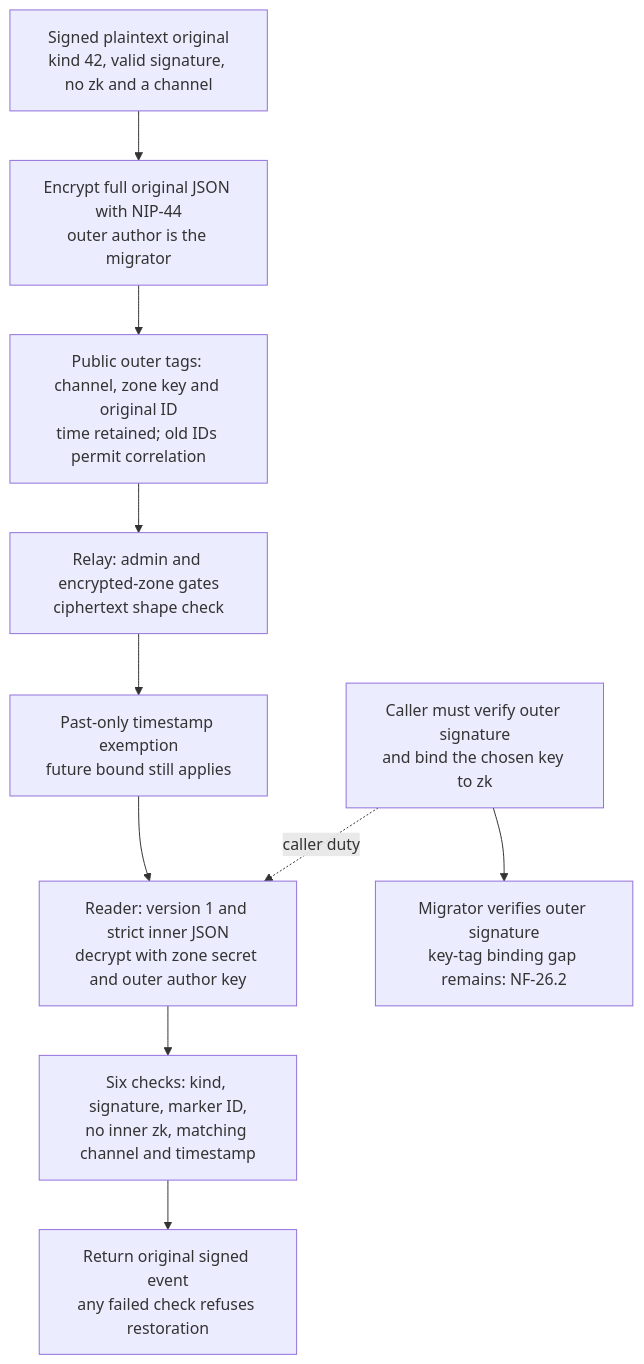
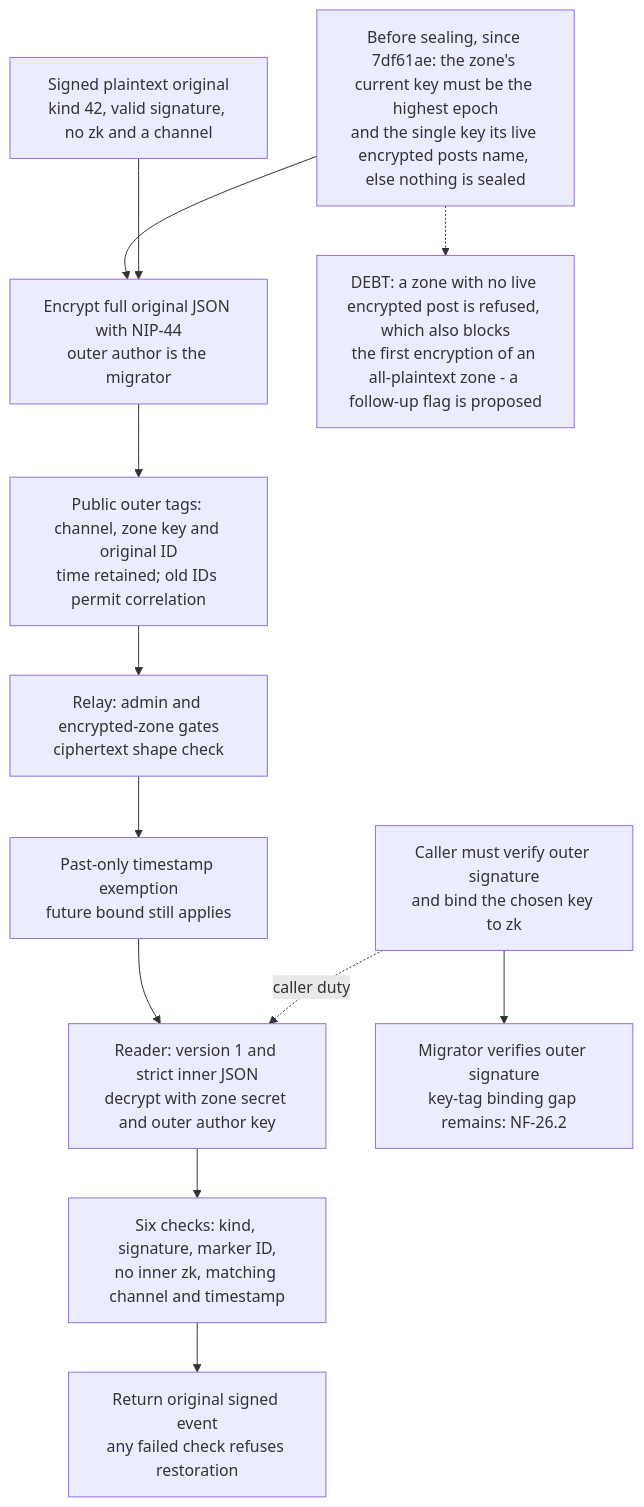
One commit to DreamLab-AI/VisionFlow changed the tenth of 10 diagrams in docs/diagrams/nostr-rust-forum/12-core-wire-crypto-and-federation-envelope.md. Above: the diagram before and after it, drawn with Mermaid. The commit also changed other lines of this file, not shown here.

First line of the commit message:
docs(diagrams): NF-12 re-verified at nostr-rust-forum af4f0d5

````diff
--- a/docs/diagrams/nostr-rust-forum/12-core-wire-crypto-and-federation-envelope.md
+++ b/docs/diagrams/nostr-rust-forum/12-core-wire-crypto-and-federation-envelope.md
@@ -342,26 +351,32 @@
 ```mermaid
 flowchart TB
     %% Source: ../nostr-rust-forum/crates/nostr-bbs-core/src/sealed.rs:312
     O["Signed plaintext original<br/>kind 42, valid signature, no zk and a channel"]
     %% Source: ../nostr-rust-forum/crates/nostr-bbs-core/src/sealed.rs:462
     E["Encrypt full original JSON with NIP-44<br/>outer author is the migrator"]
     %% Source: ../nostr-rust-forum/crates/nostr-bbs-core/src/sealed.rs:483
     M["Public outer tags: channel, zone key and original ID<br/>time retained; old IDs permit correlation"]
-    %% Source: ../nostr-rust-forum/crates/nostr-bbs-relay-worker/src/relay_do/nip_handlers.rs:1440
+    %% Source: ../nostr-rust-forum/crates/nostr-bbs-relay-worker/src/relay_do/nip_handlers.rs:1470
     R["Relay: admin and encrypted-zone gates<br/>ciphertext shape check"]
-    %% Source: ../nostr-rust-forum/crates/nostr-bbs-relay-worker/src/relay_do/nip_handlers.rs:1727
+    %% Source: ../nostr-rust-forum/crates/nostr-bbs-relay-worker/src/relay_do/nip_handlers.rs:1793
     T["Past-only timestamp exemption<br/>future bound still applies"]
     %% Source: ../nostr-rust-forum/crates/nostr-bbs-core/src/sealed.rs:375
     D["Reader: version 1 and strict inner JSON<br/>decrypt with zone secret and outer author key"]
     %% Source: ../nostr-rust-forum/crates/nostr-bbs-core/src/sealed.rs:393
     C["Six checks: kind, signature, marker ID,<br/>no inner zk, matching channel and timestamp"]
     %% Source: ../nostr-rust-forum/crates/nostr-bbs-core/src/sealed.rs:416
     I["Return original signed event<br/>any failed check refuses restoration"]
     %% Source: ../nostr-rust-forum/crates/nostr-bbs-core/src/sealed.rs:71
     B["Caller must verify outer signature<br/>and bind the chosen key to zk"]
-    %% Source: ../nostr-rust-forum/crates/nostr-bbs-zone-migrate/src/engine.rs:550
+    %% Source: ../nostr-rust-forum/crates/nostr-bbs-zone-migrate/src/engine.rs:564
     G["Migrator verifies outer signature<br/>key-tag binding gap remains: NF-26.2"]
+    %% Source: ../nostr-rust-forum/crates/nostr-bbs-zone-migrate/src/engine.rs:224
+    A["Before sealing, since 7df61ae: the zone's current key must be the highest epoch<br/>and the single key its live encrypted posts name, else nothing is sealed"]
+    %% Source: ../nostr-rust-forum/crates/nostr-bbs-zone-migrate/src/engine.rs:604-609
+    AG["DEBT: a zone with no live encrypted post is refused, which also blocks<br/>the first encryption of an all-plaintext zone - a follow-up flag is proposed"]
+    A --> E
+    A -.-> AG
     O --> E --> M --> R --> T --> D --> C --> I
     B --> G
     B -. caller duty .-> D
 ```
````
